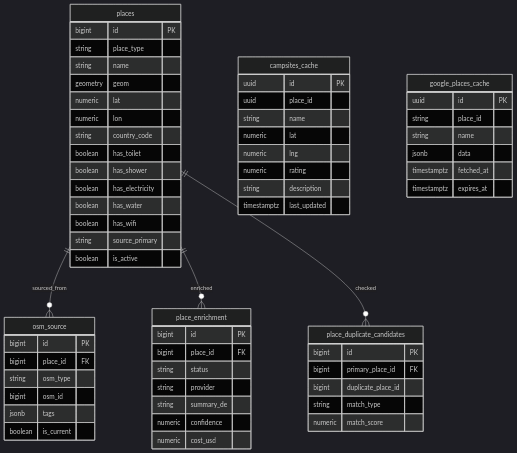
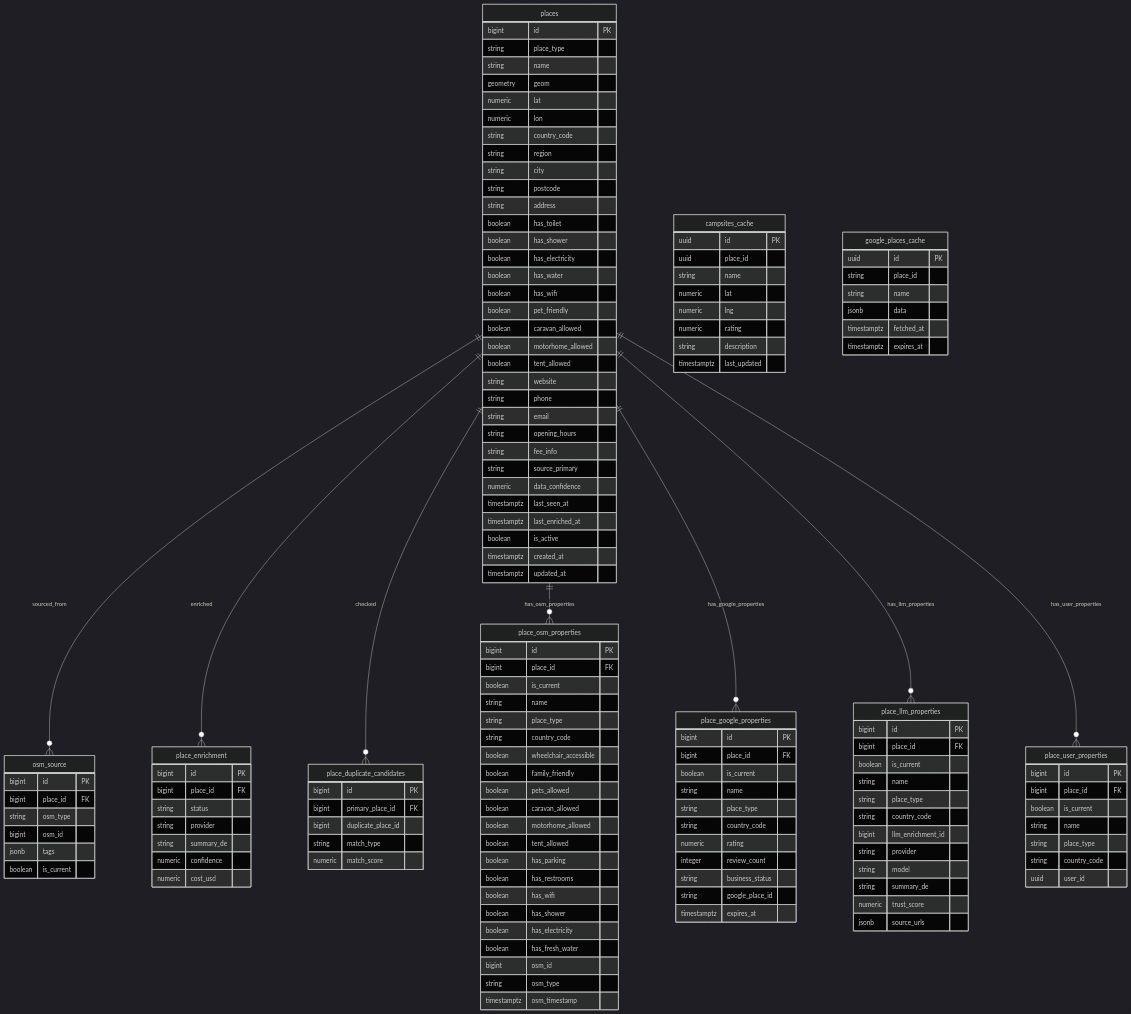
Before and after one commit to it-guy92/camperplaner-schema: the third of 6 diagrams in docs/er-diagram.md, drawn with Mermaid (dark theme). The commit also changed other lines of this file and 1 other file, not shown here.

First line of the commit message:
docs: update schema docs with Phase 2 property table migration

````diff
--- a/docs/er-diagram.md
+++ b/docs/er-diagram.md
@@ -877,13 +1044,94 @@
         numeric lat
         numeric lon
         string country_code
+        string region
+        string city
+        string postcode
+        string address
         boolean has_toilet
         boolean has_shower
         boolean has_electricity
         boolean has_water
         boolean has_wifi
+        boolean pet_friendly
+        boolean caravan_allowed
+        boolean motorhome_allowed
+        boolean tent_allowed
+        string website
+        string phone
+        string email
+        string opening_hours
+        string fee_info
         string source_primary
+        numeric data_confidence
+        timestamptz last_seen_at
+        timestamptz last_enriched_at
         boolean is_active
+        timestamptz created_at
+        timestamptz updated_at
+    }
+    
+    place_osm_properties {
+        bigint id PK
+        bigint place_id FK
+        boolean is_current
+        string name
+        string place_type
+        string country_code
+        boolean wheelchair_accessible
+        boolean family_friendly
+        boolean pets_allowed
+        boolean caravan_allowed
+        boolean motorhome_allowed
+        boolean tent_allowed
+        boolean has_parking
+        boolean has_restrooms
+        boolean has_wifi
+        boolean has_shower
+        boolean has_electricity
+        boolean has_fresh_water
+        bigint osm_id
+        string osm_type
+        timestamptz osm_timestamp
+    }
+    
+    place_google_properties {
+        bigint id PK
+        bigint place_id FK
+        boolean is_current
+        string name
+        string place_type
+        string country_code
+        numeric rating
+        integer review_count
+        string business_status
+        string google_place_id
+        timestamptz expires_at
+    }
+    
+    place_llm_properties {
+        bigint id PK
+        bigint place_id FK
+        boolean is_current
+        string name
+        string place_type
+        string country_code
+        bigint llm_enrichment_id
+        string provider
+        string model
+        string summary_de
+        numeric trust_score
+        jsonb source_urls
+    }
+    
+    place_user_properties {
+        bigint id PK
+        bigint place_id FK
+        boolean is_current
+        string name
+        string place_type
+        string country_code
+        uuid user_id
     }
     
     osm_source {
@@ -936,4 +1184,8 @@
     places ||--o{ osm_source : "sourced_from"
     places ||--o{ place_enrichment : "enriched"
     places ||--o{ place_duplicate_candidates : "checked"
+    places ||--o{ place_osm_properties : "has_osm_properties"
+    places ||--o{ place_google_properties : "has_google_properties"
+    places ||--o{ place_llm_properties : "has_llm_properties"
+    places ||--o{ place_user_properties : "has_user_properties"
 ```
````
